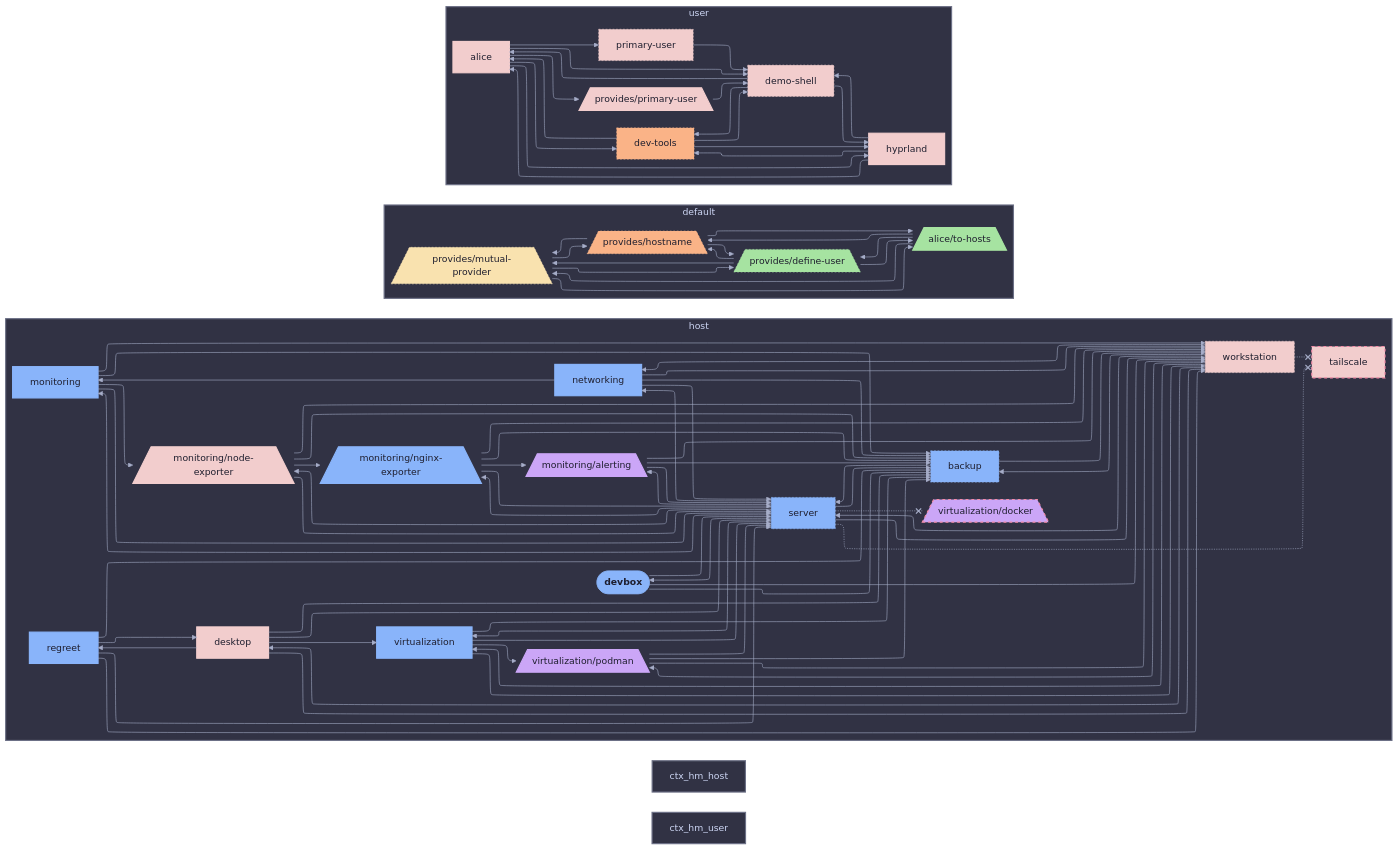
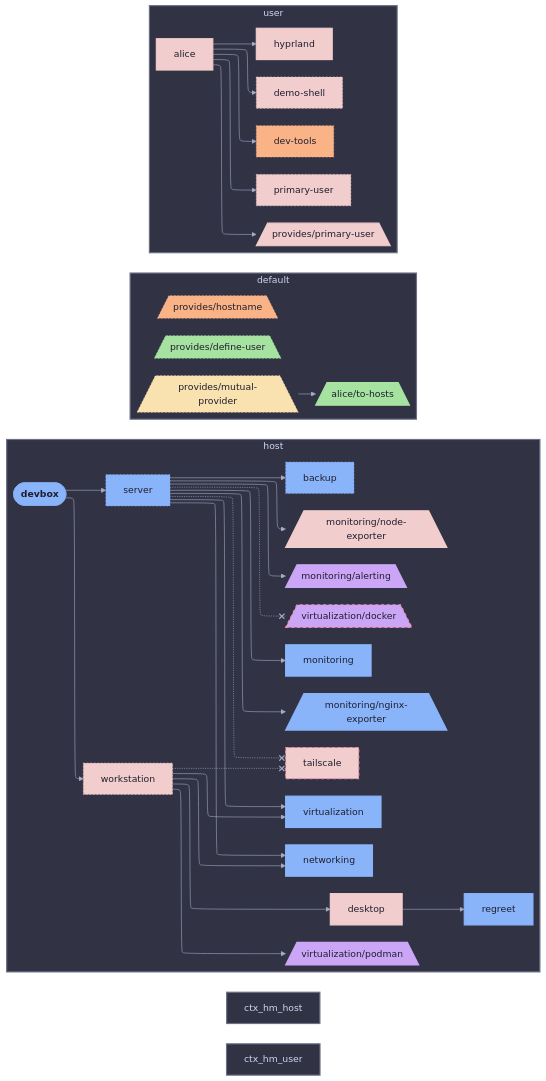
One commit to sini/den changed the diagram in templates/diag-fx-demo/diagrams/devbox-aspects.md. Above: the diagram before and after it, drawn with Mermaid. The commit also changed 849 other files, not shown here.

Commit message:
chore: update fx diagrams

```diff
--- a/templates/diag-fx-demo/diagrams/devbox-aspects.md
+++ b/templates/diag-fx-demo/diagrams/devbox-aspects.md
@@ -22,51 +22,11 @@
   tailscale["tailscale"]:::tailscale_c
   virtualization["virtualization"]:::virtualization_c
   workstation["workstation"]:::workstation_c
-  backup --> server
-  backup --> workstation
-  desktop --> backup
-  desktop --> server
-  desktop --> workstation
   desktop --> regreet
-  desktop --> virtualization
-  devbox --> backup
   devbox --> server
   devbox --> workstation
-  monitoring --> backup
-  monitoring__alerting --> backup
-  monitoring__nginx_exporter --> backup
-  monitoring__node_exporter --> backup
-  networking --> backup
-  regreet --> backup
+  server --> monitoring__alerting
   server --> backup
-  virtualization --> backup
-  virtualization__podman --> backup
-  workstation --> backup
-  monitoring --> server
-  monitoring__alerting --> server
-  monitoring__nginx_exporter --> server
-  monitoring__node_exporter --> server
-  networking --> server
-  regreet --> server
-  virtualization --> server
-  virtualization__podman --> server
-  workstation --> server
-  monitoring --> workstation
-  monitoring__alerting --> workstation
-  monitoring__nginx_exporter --> workstation
-  monitoring__node_exporter --> workstation
-  networking --> workstation
-  regreet --> workstation
-  server --> workstation
-  virtualization --> workstation
-  virtualization__podman --> workstation
-  monitoring --> monitoring__node_exporter
-  monitoring__nginx_exporter --> monitoring__alerting
-  monitoring__node_exporter --> monitoring__nginx_exporter
-  networking --> monitoring
-  regreet --> desktop
-  server --> monitoring__alerting
-  server --> devbox
   server -.-x virtualization__docker
   server --> monitoring
   server --> networking
@@ -74,7 +34,6 @@
   server --> monitoring__node_exporter
   server -.-x tailscale
   server --> virtualization
-  virtualization --> virtualization__podman
   workstation --> desktop
   workstation --> networking
   workstation --> virtualization__podman
@@ -86,18 +45,7 @@
   den__provides__hostname[/"provides/hostname"\]:::den__provides__hostname_c
   den__provides__mutual_provider[/"provides/mutual-provider"\]:::den__provides__mutual_provider_c
   alice__to_hosts[/"alice/to-hosts"\]:::alice__to_hosts_c
-  alice__to_hosts --> den__provides__define_user
-  alice__to_hosts --> den__provides__hostname
-  alice__to_hosts --> den__provides__mutual_provider
-  den__provides__mutual_provider --> den__provides__define_user
-  den__provides__mutual_provider --> den__provides__hostname
   den__provides__mutual_provider --> alice__to_hosts
-  den__provides__hostname --> den__provides__define_user
-  den__provides__define_user --> den__provides__hostname
-  den__provides__define_user --> den__provides__mutual_provider
-  den__provides__hostname --> den__provides__mutual_provider
-  den__provides__define_user --> alice__to_hosts
-  den__provides__hostname --> alice__to_hosts
   end
   subgraph ctx_user["user"]
   alice["alice"]:::alice_c
@@ -111,17 +59,6 @@
   alice --> hyprland
   alice --> primary_user
   alice --> den__provides__primary_user
-  demo_shell --> hyprland
-  demo_shell --> alice
-  demo_shell --> dev_tools
-  den__provides__primary_user --> demo_shell
-  dev_tools --> alice
-  dev_tools --> demo_shell
-  dev_tools --> hyprland
-  hyprland --> dev_tools
-  hyprland --> alice
-  hyprland --> demo_shell
-  primary_user --> demo_shell
   end
 
 
@@ -133,7 +70,7 @@
   classDef demo_shell_c fill:#f2cdcd,stroke:#f2cdcd,color:#1e1e2e,stroke-dasharray: 3 3,stroke-width:1px
   classDef desktop_c fill:#f2cdcd,stroke:#f2cdcd,color:#1e1e2e,stroke-width:2px
   classDef dev_tools_c fill:#fab387,stroke:#fab387,color:#1e1e2e,stroke-dasharray: 3 3,stroke-width:1px
-  classDef devbox_c fill:#f2cdcd,stroke:#f2cdcd,color:#1e1e2e,stroke-width:3px
+  classDef devbox_c fill:#f2cdcd,stroke:#f2cdcd,color:#1e1e2e,stroke-width:2px
   classDef virtualization__docker_c fill:#cba6f7,stroke:#f38ba8,color:#1e1e2e,stroke-dasharray: 5 5,stroke-width:2px
   classDef den__provides__hostname_c fill:#fab387,stroke:#fab387,color:#1e1e2e,stroke-dasharray: 3 3,stroke-width:1px
   classDef hyprland_c fill:#f2cdcd,stroke:#f2cdcd,color:#1e1e2e,stroke-width:2px
```
